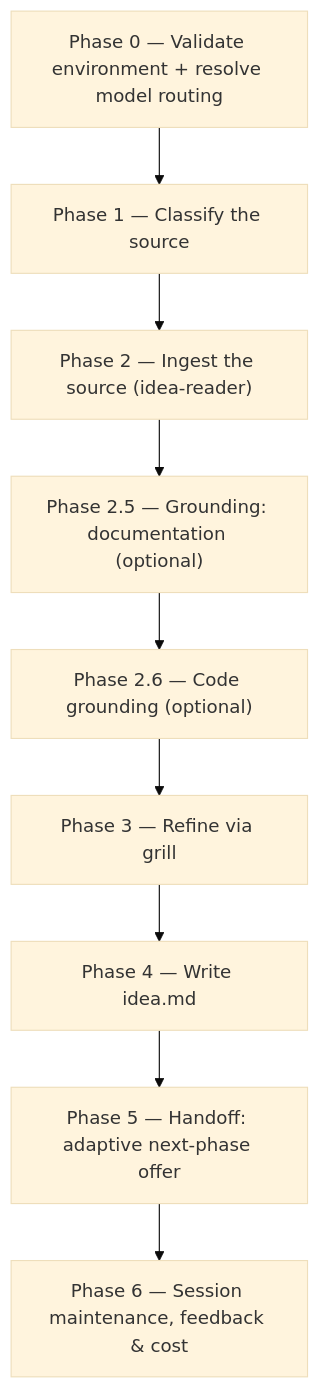
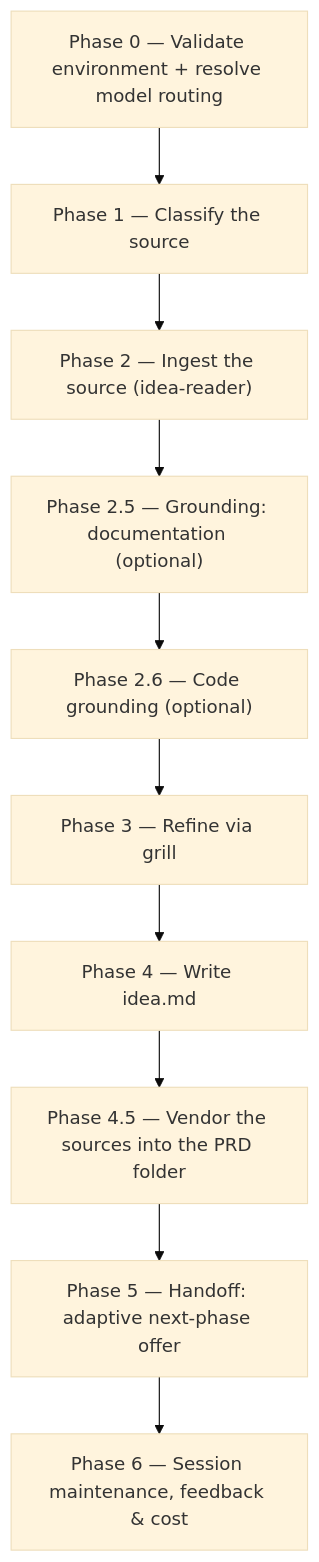
One commit to ihudak/ihudak-claude-plugins changed the diagram in plugins/dev-workflows/docs/commands/idea.md. Above: the diagram before and after it, drawn with Mermaid (base theme). The commit also changed other lines of this file and 13 other files, not shown here.

````diff
--- a/plugins/dev-workflows/docs/commands/idea.md
+++ b/plugins/dev-workflows/docs/commands/idea.md
@@ -25,11 +25,12 @@
 ```mermaid
 flowchart TD
     p0["Phase 0 — Validate environment + resolve model routing"] --> p1["Phase 1 — Classify the source"]
     p1 --> p2["Phase 2 — Ingest the source (idea-reader)"]
     p2 --> p25["Phase 2.5 — Grounding: documentation (optional)"]
     p25 --> p26["Phase 2.6 — Code grounding (optional)"]
     p26 --> p3["Phase 3 — Refine via grill"]
     p3 --> p4["Phase 4 — Write idea.md"]
-    p4 --> p5["Phase 5 — Handoff: adaptive next-phase offer"]
+    p4 --> p45["Phase 4.5 — Vendor the sources into the PRD folder"]
+    p45 --> p5["Phase 5 — Handoff: adaptive next-phase offer"]
     p5 --> p6["Phase 6 — Session maintenance, feedback & cost"]
 ```
````
